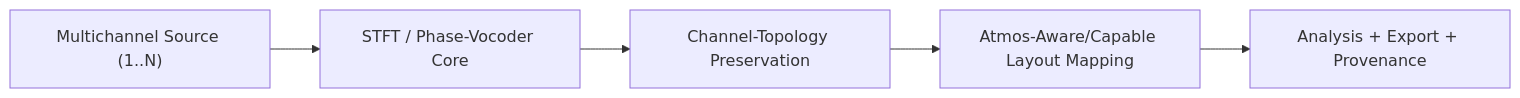
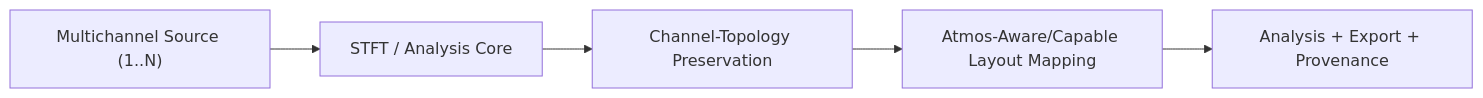
Before and after one commit to TheColby/ecoSignalLab: the seventh of 10 diagrams in ARCHITECTURE.md, drawn with Mermaid. The commit also changed other lines of this file and 6 other files, not shown here.

First line of the commit message:
Clarify product positioning: acoustic analysis vs phase vocoder

````diff
--- a/ARCHITECTURE.md
+++ b/ARCHITECTURE.md
@@ -172,7 +172,7 @@
 ```mermaid
 flowchart LR
-    A["Multichannel Source (1..N)"] --> B["STFT / Phase-Vocoder Core"]
+    A["Multichannel Source (1..N)"] --> B["STFT / Analysis Core"]
     B --> C["Channel-Topology Preservation"]
     C --> D["Atmos-Aware/Capable Layout Mapping"]
     D --> E["Analysis + Export + Provenance"]
 ```
````
